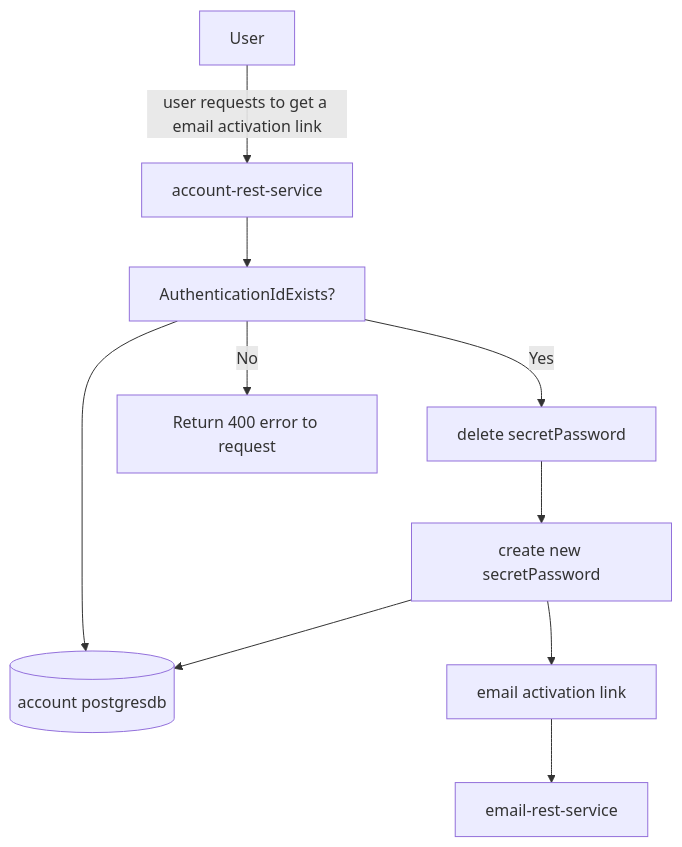
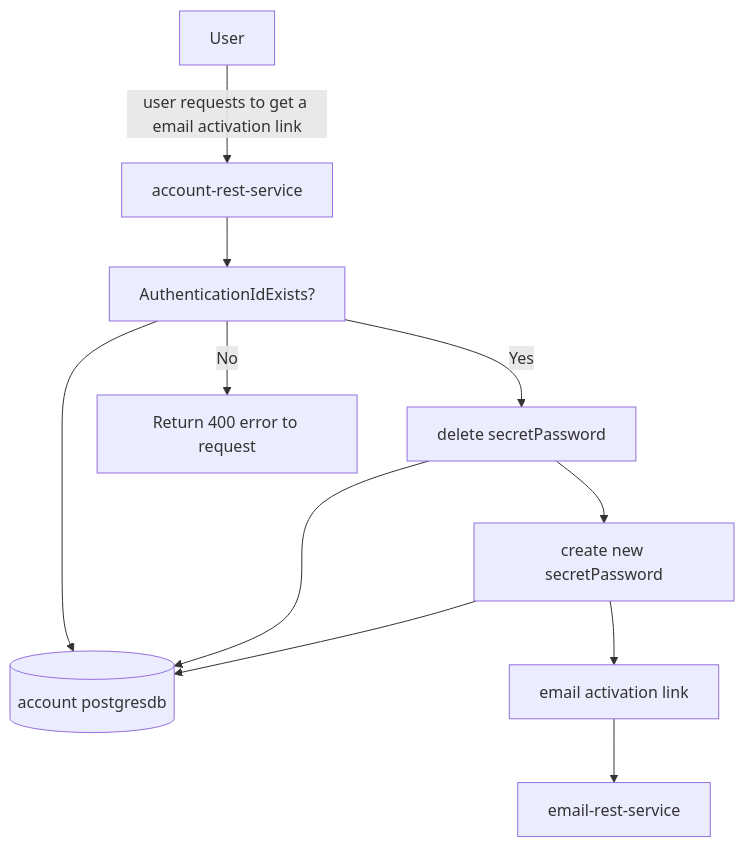
Before and after one commit to sonamsamdupkhangsar/account-rest-service: the third of 3 diagrams in README.md, drawn with Mermaid.

````diff
--- a/README.md
+++ b/README.md
@@ -113,13 +113,14 @@
 ```mermaid
 flowchart TD
   User --"user requests to get a email activation link"--> account-rest-service
   account-rest-service --> validateAuthenticationIdExists["AuthenticationIdExists?"]
   validateAuthenticationIdExists --> accountDb[(account postgresdb)]
   validateAuthenticationIdExists -->|Yes| deleteAnySecretPassword["delete secretPassword"]
+  deleteAnySecretPassword --> accountDb
   validateAuthenticationIdExists -->|No| ReturnError[Return 400 error to request]
   deleteAnySecretPassword --> createNewSecretPassword["create new secretPassword"]
   createNewSecretPassword --> accountDb
   createNewSecretPassword --> emailActivationLink["email activation link"]
   emailActivationLink --> email-rest-service
                        
 ```
````
